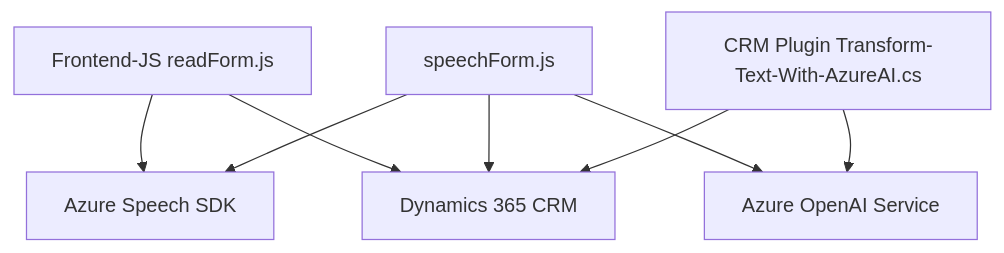
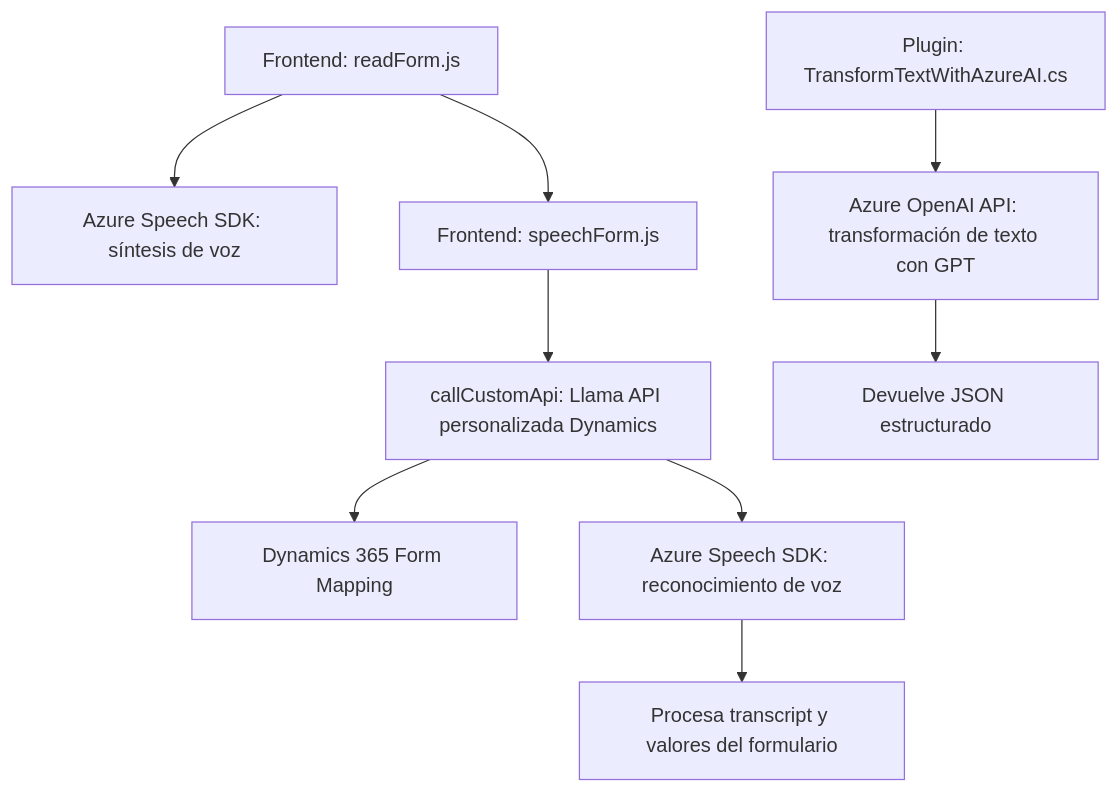
Before and after one commit to blopezdm/NETCORE_BILBAO2025: the diagram in README.md, drawn with Mermaid. The commit also changed other lines of this file, not shown here.

Commit message:
Actualizar análisis global de la solución con IA

````diff
--- a/README.md
+++ b/README.md
@@ -49,17 +43,11 @@
 ```mermaid
 graph TD
-  A["Frontend-JS readForm.js"]
-  B["speechForm.js"]
-  C["CRM Plugin Transform-Text-With-AzureAI.cs"]
-  D["Azure Speech SDK"]
-  E["Azure OpenAI Service"]
-  F["Dynamics 365 CRM"]
-
-  A --> D
-  B --> D
-  B --> E
-  C --> E
-  A --> F
-  B --> F
-  C --> F
+    A["Frontend: readForm.js"] --> B["Azure Speech SDK: síntesis de voz"]
+    A --> C["Frontend: speechForm.js"]
+    C --> D["callCustomApi: Llama API personalizada Dynamics"]
+    D --> E["Dynamics 365 Form Mapping"]
+    D --> F["Azure Speech SDK: reconocimiento de voz"]
+    F --> G["Procesa transcript y valores del formulario"]
+    H["Plugin: TransformTextWithAzureAI.cs"] --> I["Azure OpenAI API: transformación de texto con GPT"]
+    I --> J["Devuelve JSON estructurado"]
 ```
````
